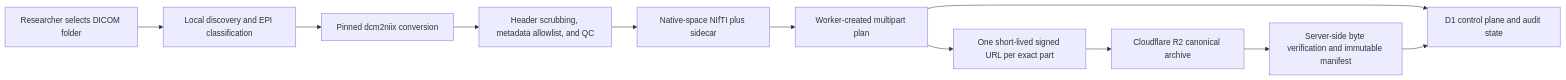
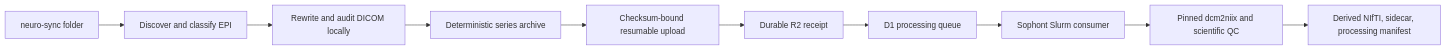
One commit to SophontAI/scalingneuro changed the diagram in README.md. Above: the diagram before and after it, drawn with Mermaid. The commit also changed other lines of this file and 129 other files, not shown here.

Commit message:
Ship raw DICOM ingest and async processing

````diff
--- a/README.md
+++ b/README.md
@@ -35,13 +58,12 @@
 ```mermaid
 flowchart LR
-  A["Researcher selects DICOM folder"] --> B["Local discovery and EPI classification"]
-  B --> C["Pinned dcm2niix conversion"]
-  C --> D["Header scrubbing, metadata allowlist, and QC"]
-  D --> E["Native-space NIfTI plus sidecar"]
-  E --> F["Worker-created multipart plan"]
-  F --> G["One short-lived signed URL per exact part"]
-  G --> H["Cloudflare R2 canonical archive"]
-  F --> I["D1 control plane and audit state"]
-  H --> J["Server-side byte verification and immutable manifest"]
-  J --> I
+  A["neuro-sync folder"] --> B["Discover and classify EPI"]
+  B --> C["Rewrite and audit DICOM locally"]
+  C --> D["Deterministic series archive"]
+  D --> E["Checksum-bound resumable upload"]
+  E --> F["Durable R2 receipt"]
+  F --> G["D1 processing queue"]
+  G --> H["Sophont Slurm consumer"]
+  H --> I["Pinned dcm2niix and scientific QC"]
+  I --> J["Derived NIfTI, sidecar, processing manifest"]
 ```
````
